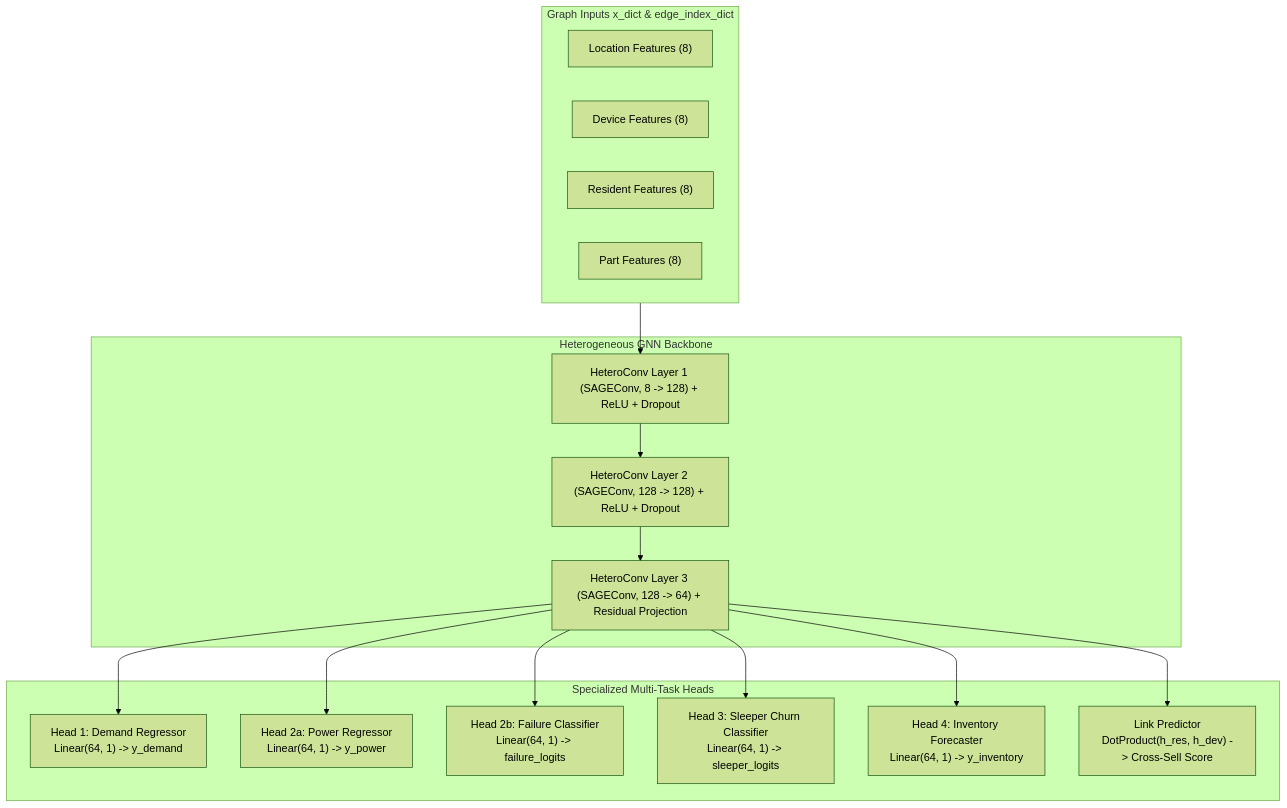
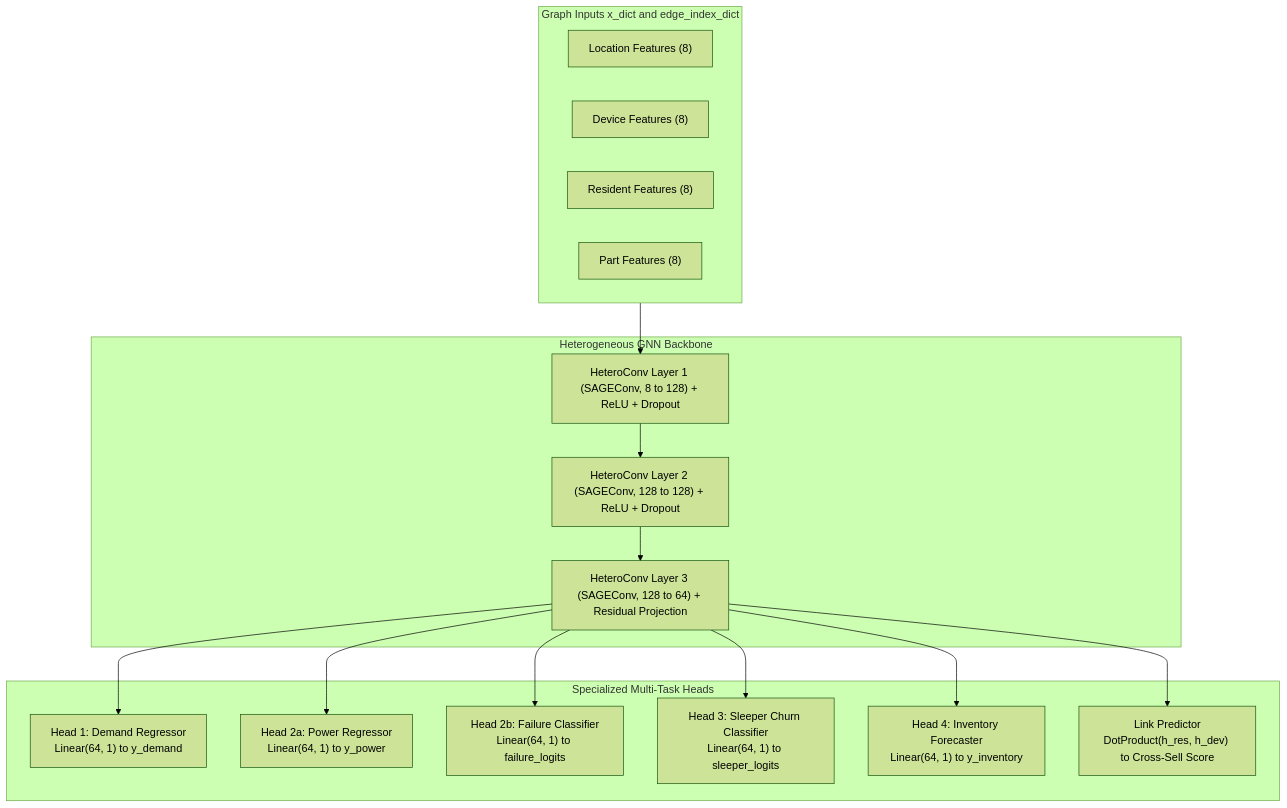
One commit to AnimeshBasak-14/SmartHVAC changed the diagram in docs/ml_lifecycle/06_Model_Selection.md. Above: the diagram before and after it, drawn with Mermaid (forest theme). The commit also changed 51 other files, not shown here.

````diff
--- a/docs/ml_lifecycle/06_Model_Selection.md
+++ b/docs/ml_lifecycle/06_Model_Selection.md
@@ -26,32 +26,32 @@
 ```mermaid
-graph TD
-    subgraph Inputs [Graph Inputs x_dict & edge_index_dict]
+flowchart TD
+    subgraph Inputs["Graph Inputs x_dict and edge_index_dict"]
         In_Loc["Location Features (8)"]
         In_Dev["Device Features (8)"]
         In_Res["Resident Features (8)"]
         In_Part["Part Features (8)"]
     end
 
-    subgraph Backbone [Heterogeneous GNN Backbone]
-        HConv1["HeteroConv Layer 1 (SAGEConv, 8 -> 128) + ReLU + Dropout"]
-        HConv2["HeteroConv Layer 2 (SAGEConv, 128 -> 128) + ReLU + Dropout"]
-        HConv3["HeteroConv Layer 3 (SAGEConv, 128 -> 64) + Residual Projection"]
+    subgraph Backbone["Heterogeneous GNN Backbone"]
+        HConv1["HeteroConv Layer 1 (SAGEConv, 8 to 128) + ReLU + Dropout"]
+        HConv2["HeteroConv Layer 2 (SAGEConv, 128 to 128) + ReLU + Dropout"]
+        HConv3["HeteroConv Layer 3 (SAGEConv, 128 to 64) + Residual Projection"]
     end
 
-    subgraph Heads [Specialized Multi-Task Heads]
-        H_Dem["Head 1: Demand Regressor<br>Linear(64, 1) -> y_demand"]
-        H_Pwr["Head 2a: Power Regressor<br>Linear(64, 1) -> y_power"]
-        H_Fail["Head 2b: Failure Classifier<br>Linear(64, 1) -> failure_logits"]
-        H_Churn["Head 3: Sleeper Churn Classifier<br>Linear(64, 1) -> sleeper_logits"]
-        H_Inv["Head 4: Inventory Forecaster<br>Linear(64, 1) -> y_inventory"]
-        H_Link["Link Predictor<br>DotProduct(h_res, h_dev) -> Cross-Sell Score"]
+    subgraph Heads["Specialized Multi-Task Heads"]
+        H_Dem["Head 1: Demand Regressor<br>Linear(64, 1) to y_demand"]
+        H_Pwr["Head 2a: Power Regressor<br>Linear(64, 1) to y_power"]
+        H_Fail["Head 2b: Failure Classifier<br>Linear(64, 1) to failure_logits"]
+        H_Churn["Head 3: Sleeper Churn Classifier<br>Linear(64, 1) to sleeper_logits"]
+        H_Inv["Head 4: Inventory Forecaster<br>Linear(64, 1) to y_inventory"]
+        H_Link["Link Predictor<br>DotProduct(h_res, h_dev) to Cross-Sell Score"]
     end
 
     Inputs --> HConv1 --> HConv2 --> HConv3
     HConv3 --> H_Dem
     HConv3 --> H_Pwr
     HConv3 --> H_Fail
     HConv3 --> H_Churn
     HConv3 --> H_Inv
     HConv3 --> H_Link
 ```
````
